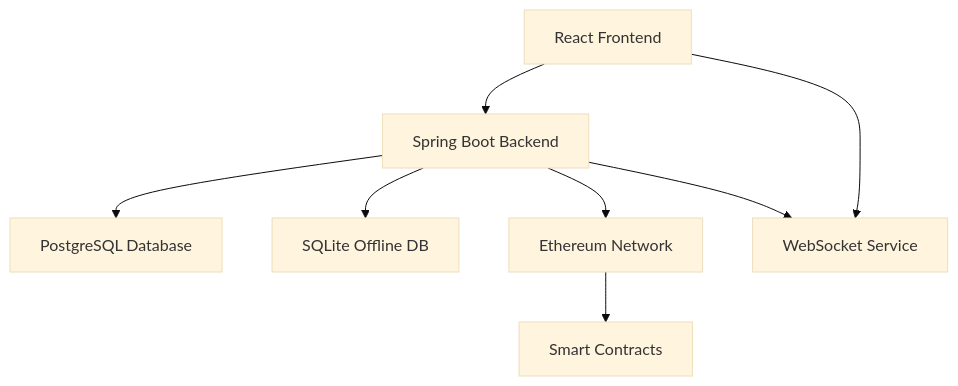
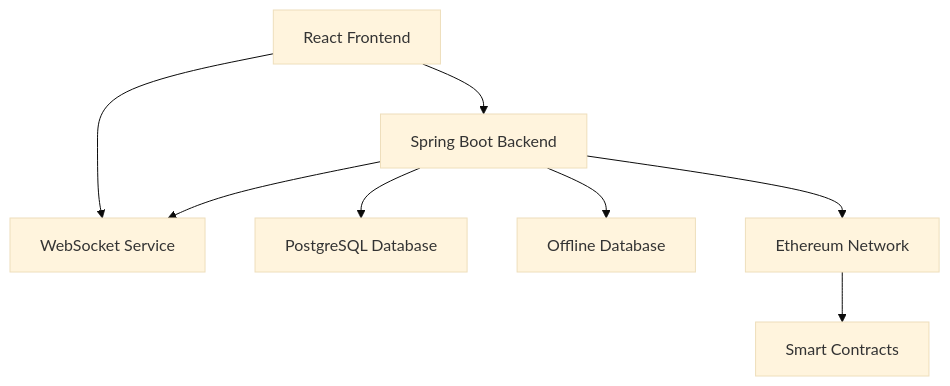
Before and after one commit to Ikey168/Modulo: the diagram in README.md, drawn with Mermaid (base theme). The commit also changed other lines of this file, not shown here.

````diff
--- a/README.md
+++ b/README.md
@@ -175,10 +139,10 @@
 ```mermaid
 graph TB
     A[React Frontend] --> B[Spring Boot Backend]
+    A --> F[WebSocket Service]
     B --> C[PostgreSQL Database]
-    B --> D[SQLite Offline DB]
+    B --> D[Offline Database]
     B --> E[Ethereum Network]
-    B --> F[WebSocket Service]
-    A --> F
+    B --> F
     E --> G[Smart Contracts]
 ```
````
